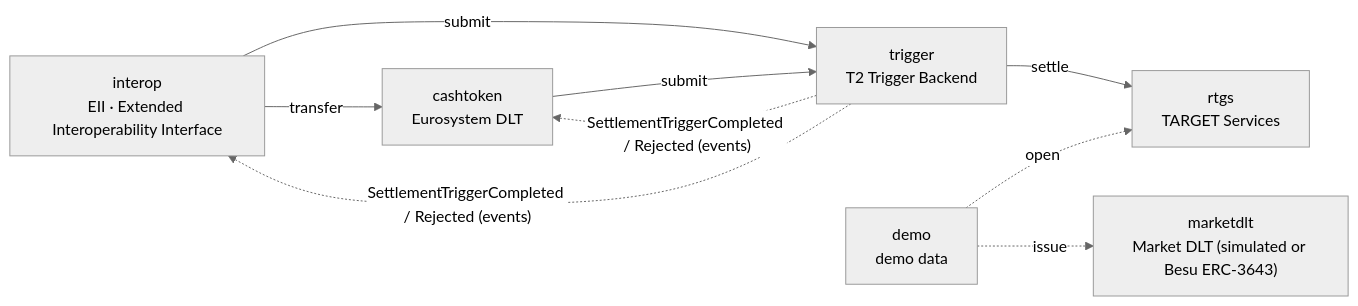
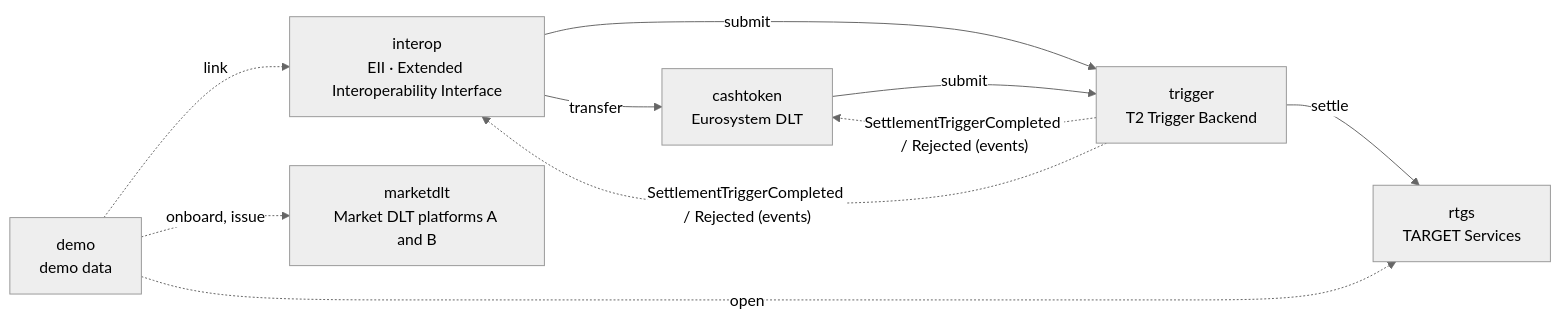
The first of 5 diagrams in README.md (Bonnai2112/pontes-dlt-settlement), drawn with Mermaid (neutral theme) before and after one commit. The commit also changed other lines of this file and 58 other files, not shown here.

First line of the commit message:
feat(marketdlt): second market DLT platform and Pontes platform reference data

````diff
--- a/README.md
+++ b/README.md
@@ -62,19 +64,20 @@
 ```mermaid
 flowchart LR
     interop["interop<br/>EII · Extended Interoperability Interface"]
     cashtoken["cashtoken<br/>Eurosystem DLT"]
     trigger["trigger<br/>T2 Trigger Backend"]
     rtgs["rtgs<br/>TARGET Services"]
-    marketdlt["marketdlt<br/>Market DLT (simulated or Besu ERC-3643)"]
+    marketdlt["marketdlt<br/>Market DLT platforms A and B"]
     demo["demo<br/>demo data"]
 
     interop -->|transfer| cashtoken
     interop -->|submit| trigger
     cashtoken -->|submit| trigger
     trigger -->|settle| rtgs
     demo -.->|open| rtgs
-    demo -.->|issue| marketdlt
+    demo -.->|onboard, issue| marketdlt
+    demo -.->|link| interop
 
     trigger -. "SettlementTriggerCompleted / Rejected (events)" .-> cashtoken
     trigger -. "SettlementTriggerCompleted / Rejected (events)" .-> interop
 ```
````
